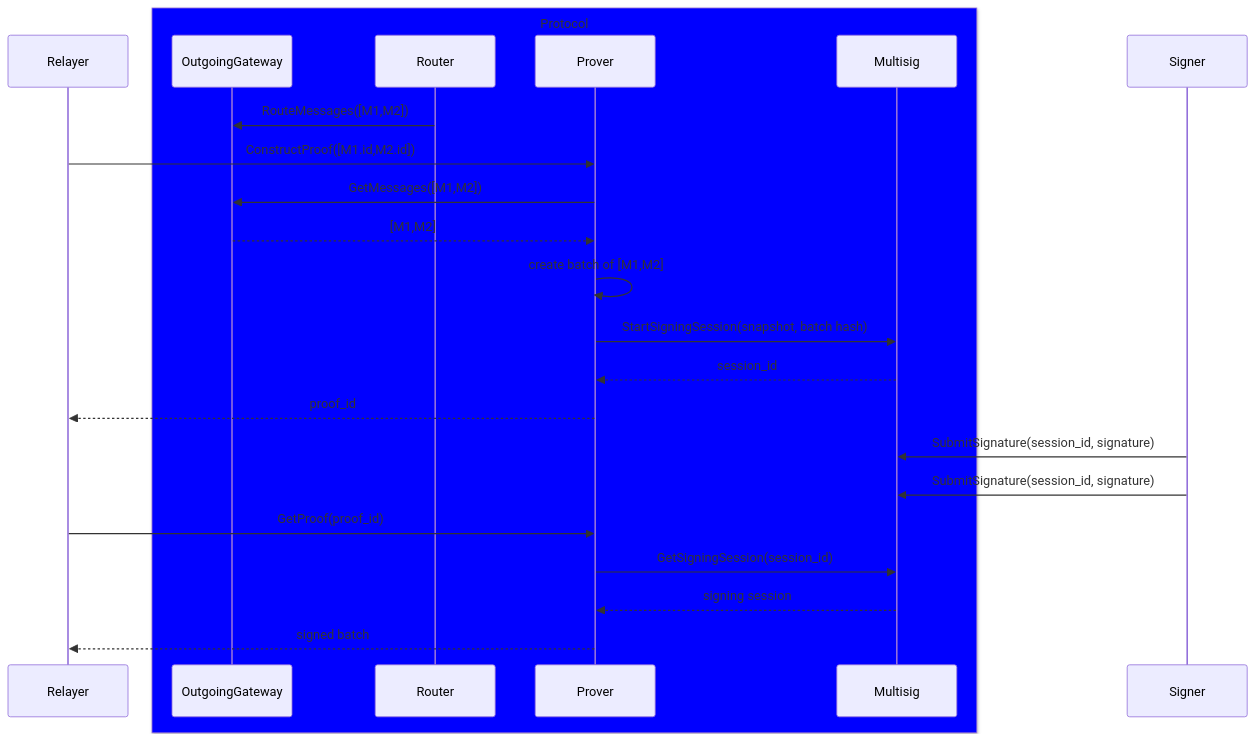
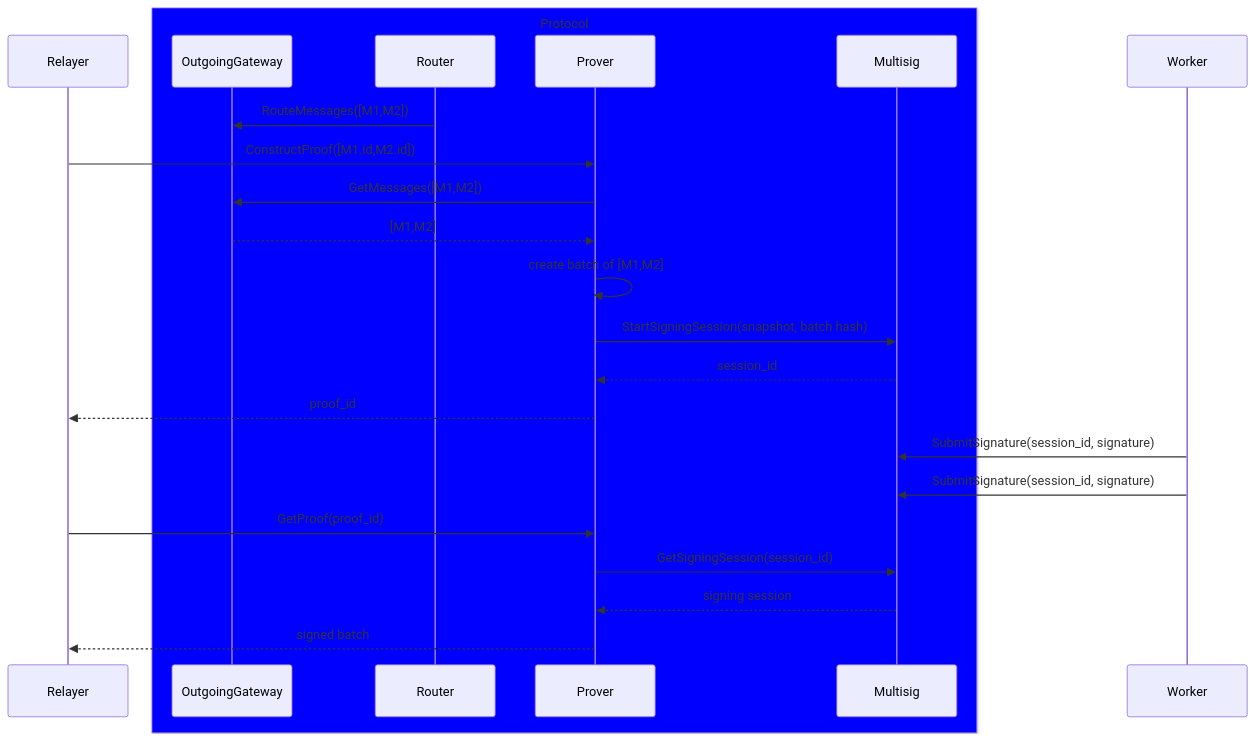
The fourth of 4 diagrams in README.md (kadev2176/axelar-amplifier), drawn with Mermaid before and after one commit. The commit also changed other lines of this file, not shown here.

````diff
--- a/README.md
+++ b/README.md
@@ -100,28 +99,28 @@
 ```mermaid
 sequenceDiagram
     participant Relayer
     box Blue Protocol
     participant OutgoingGateway
     participant Router
     participant Prover
     participant Multisig
     end
-    participant Signer
+    participant Worker
 
 
     Router->>OutgoingGateway: RouteMessages([M1,M2])
     Relayer->>Prover: ConstructProof([M1.id,M2.id])
     Prover->>OutgoingGateway: GetMessages([M1,M2])
     OutgoingGateway-->>Prover: [M1,M2]
     Prover->>Prover: create batch of [M1,M2]
     Prover->>Multisig: StartSigningSession(snapshot, batch hash)
     Multisig-->>Prover: session_id
     Prover-->>Relayer: proof_id
-    Signer->>Multisig: SubmitSignature(session_id, signature)
-    Signer->>Multisig: SubmitSignature(session_id, signature)
+    Worker->>Multisig: SubmitSignature(session_id, signature)
+    Worker->>Multisig: SubmitSignature(session_id, signature)
     Relayer->>Prover: GetProof(proof_id)
     Prover->>Multisig: GetSigningSession(session_id)
     Multisig-->>Prover: signing session
     Prover-->>Relayer: signed batch
 
 ```
````
